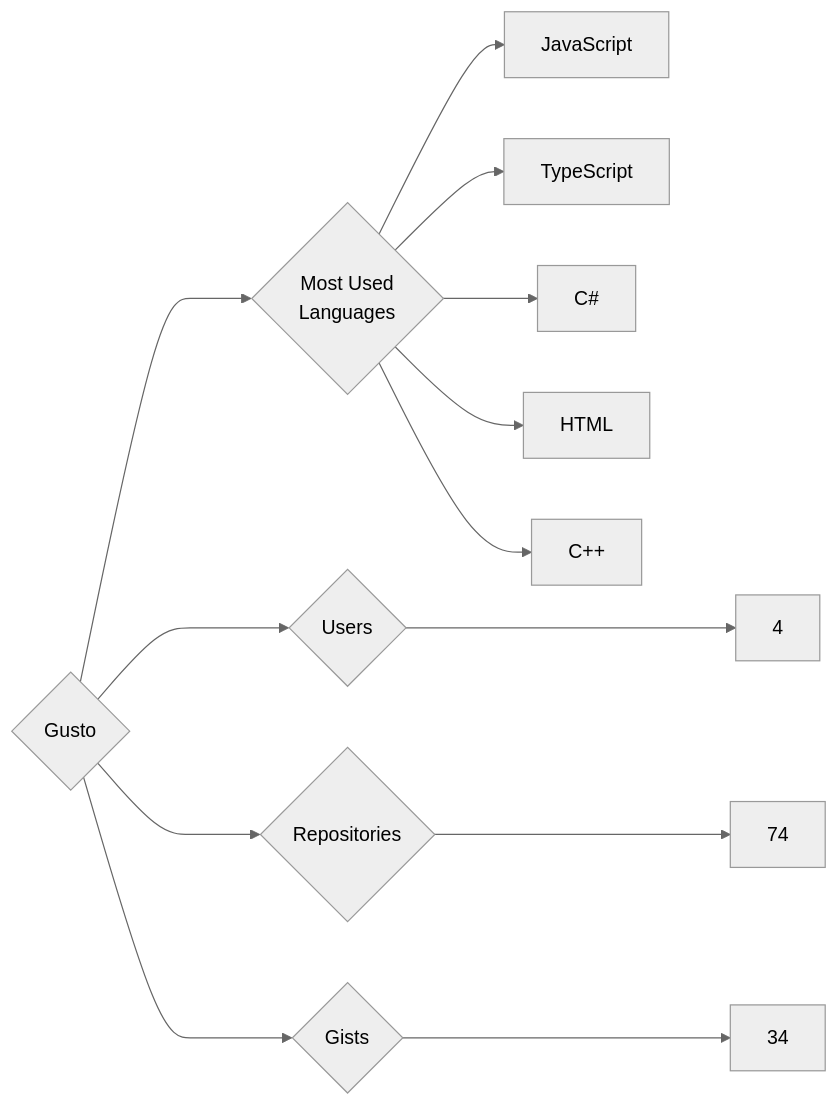
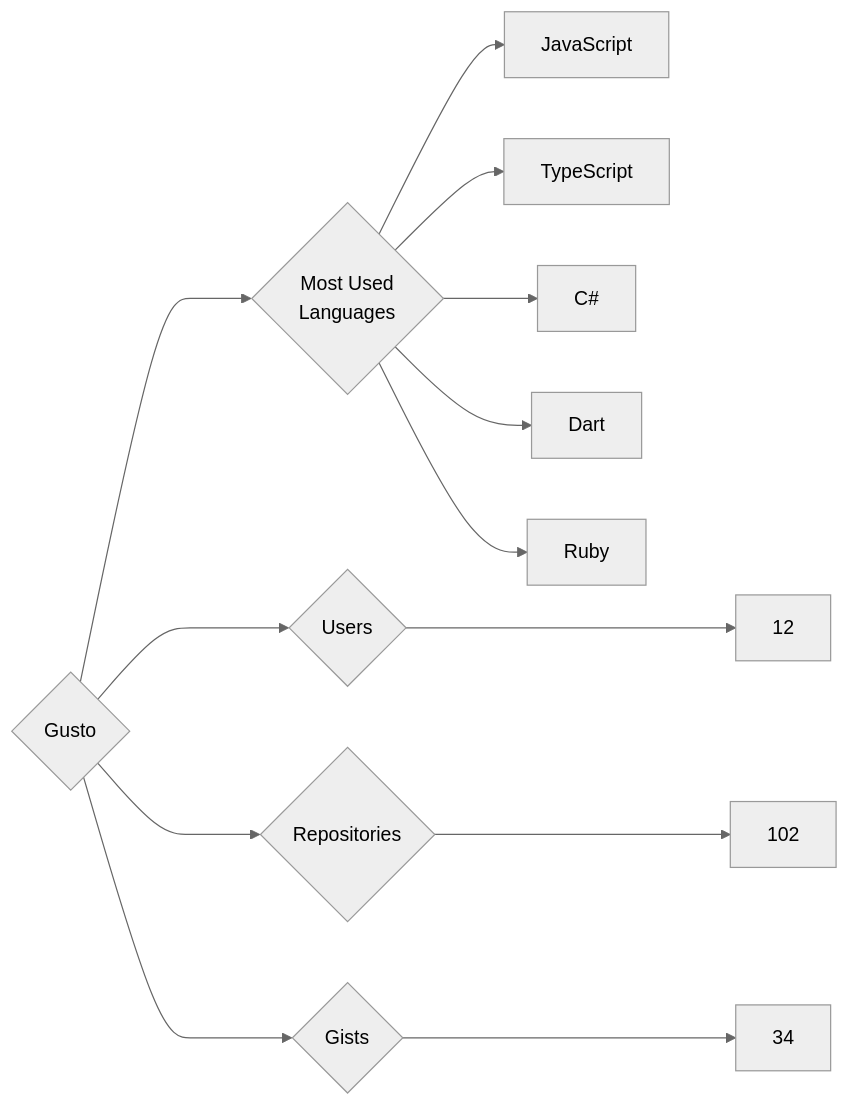
Before and after one commit to trickest/insiders: the diagram in targets/Gusto/README.md, drawn with Mermaid (neutral theme). The commit also changed 748 other files, not shown here.

````diff
--- a/targets/Gusto/README.md
+++ b/targets/Gusto/README.md
@@ -3,13 +3,13 @@
 ```mermaid
 graph LR
 COMPANY_NAME{Gusto}
-COMPANY_NAME ---> U{Users} ---> UN[4]
-COMPANY_NAME ---> R{Repositories} ---> RN[74]
+COMPANY_NAME ---> U{Users} ---> UN[12]
+COMPANY_NAME ---> R{Repositories} ---> RN[102]
 COMPANY_NAME ---> G{Gists} ---> GN[34]
 COMPANY_NAME ---> ML{Most Used<br>Languages}
 ML --> JavaScript[JavaScript]
 ML --> TypeScript[TypeScript]
 ML --> C#[C#]
-ML --> HTML[HTML]
-ML --> C++[C++]
+ML --> Dart[Dart]
+ML --> Ruby[Ruby]
 ```
````
